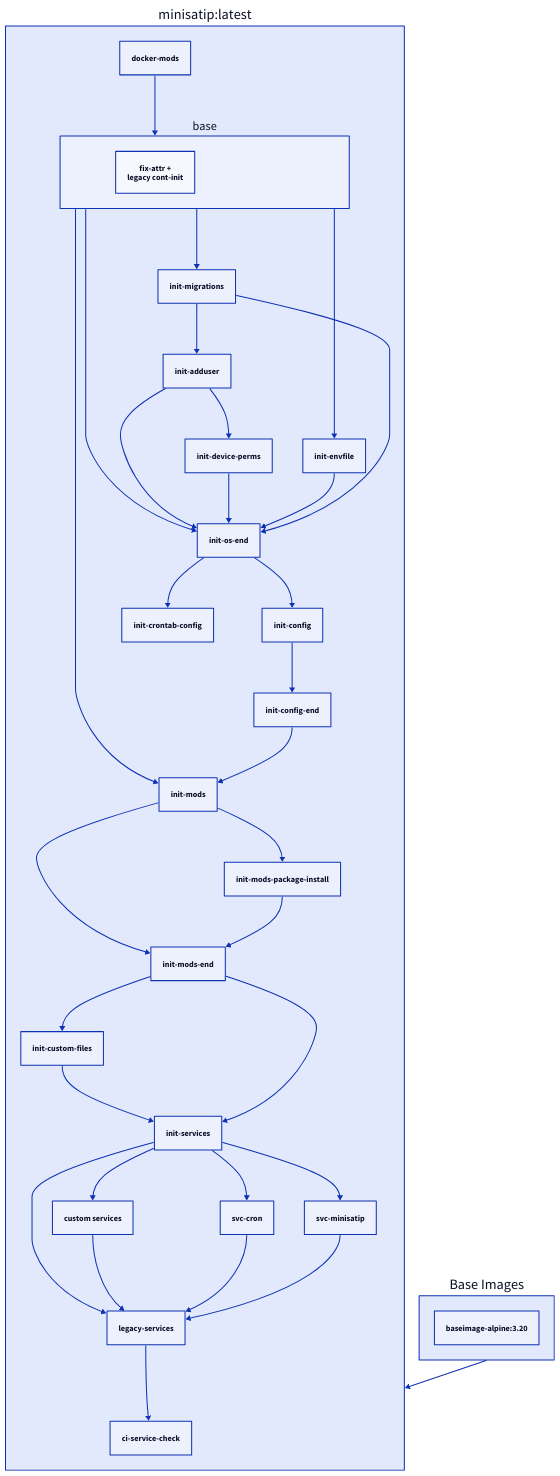
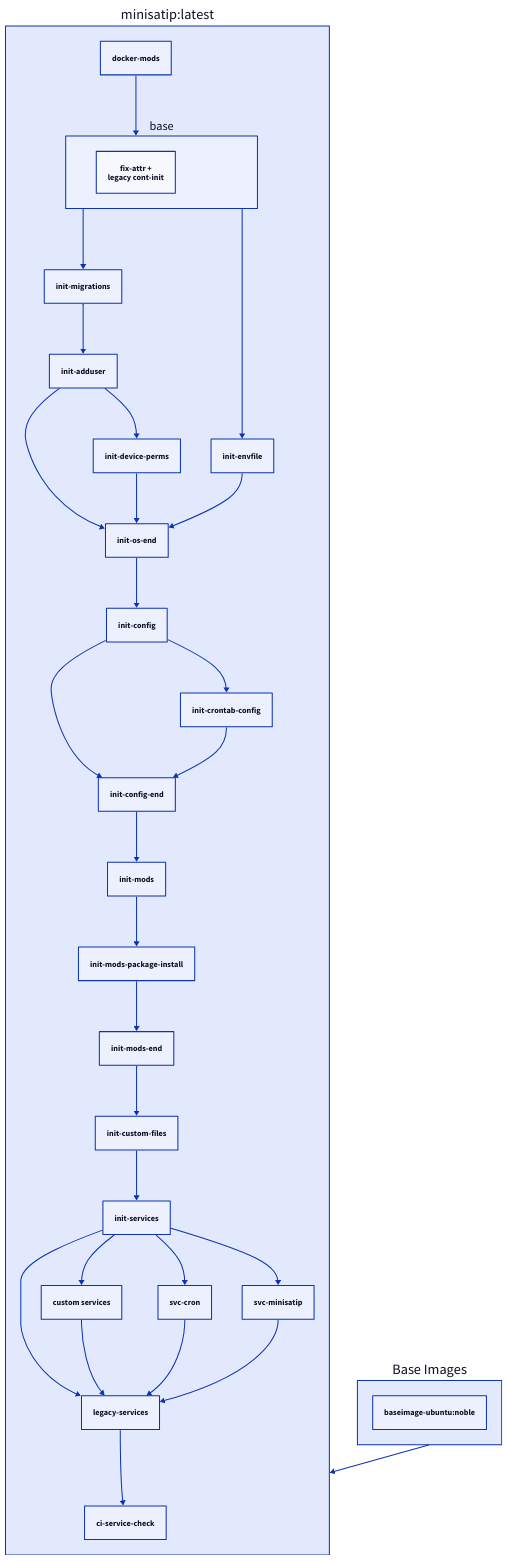
One commit to pagdot/docker-documentation changed the diagram in docs/images/docker-minisatip.md. Above: the diagram before and after it, drawn with D2. The commit also changed other lines of this file, not shown here.

Commit message:
Bot Updating Documentation

````diff
--- a/docs/images/docker-minisatip.md
+++ b/docs/images/docker-minisatip.md
@@ -307,43 +307,39 @@
     ```d2
     "minisatip:latest": {
       docker-mods
       base {
         fix-attr +\nlegacy cont-init
       }
       docker-mods -> base
       legacy-services
       custom services
       init-services -> legacy-services
       init-services -> custom services
       custom services -> legacy-services
       legacy-services -> ci-service-check
       init-migrations -> init-adduser
       init-os-end -> init-config
       init-config -> init-config-end
-      init-os-end -> init-crontab-config
+      init-crontab-config -> init-config-end
+      init-config -> init-crontab-config
       init-mods-end -> init-custom-files
       init-adduser -> init-device-perms
       base -> init-envfile
       base -> init-migrations
-      base -> init-mods
       init-config-end -> init-mods
-      init-mods -> init-mods-end
       init-mods-package-install -> init-mods-end
       init-mods -> init-mods-package-install
-      base -> init-os-end
       init-adduser -> init-os-end
       init-device-perms -> init-os-end
       init-envfile -> init-os-end
-      init-migrations -> init-os-end
       init-custom-files -> init-services
-      init-mods-end -> init-services
       init-services -> svc-cron
       svc-cron -> legacy-services
       init-services -> svc-minisatip
       svc-minisatip -> legacy-services
     }
     Base Images: {
-      "baseimage-alpine:3.20"
+      "baseimage-ubuntu:noble"
     }
     "minisatip:latest" <- Base Images
     ```
````
